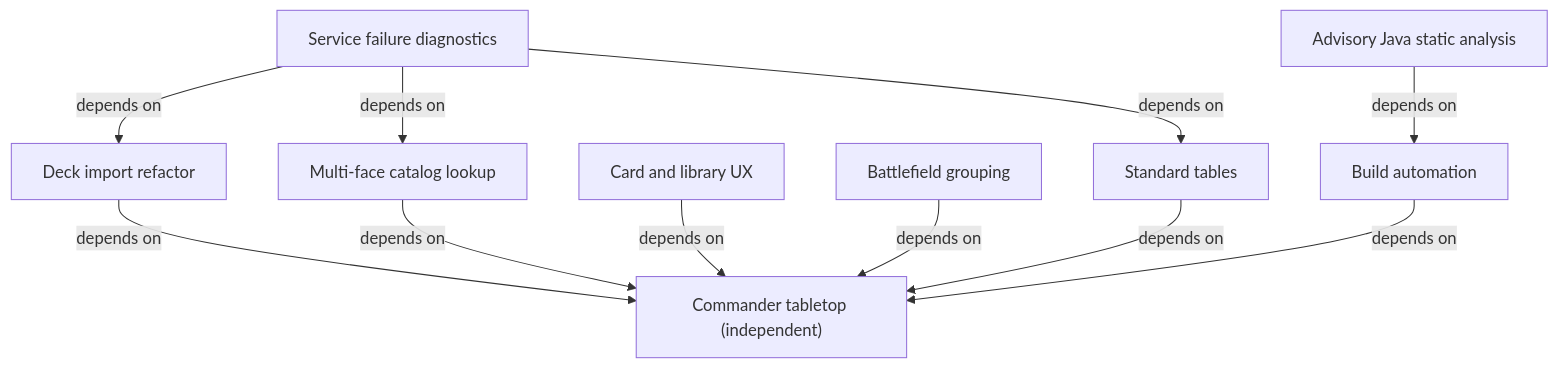
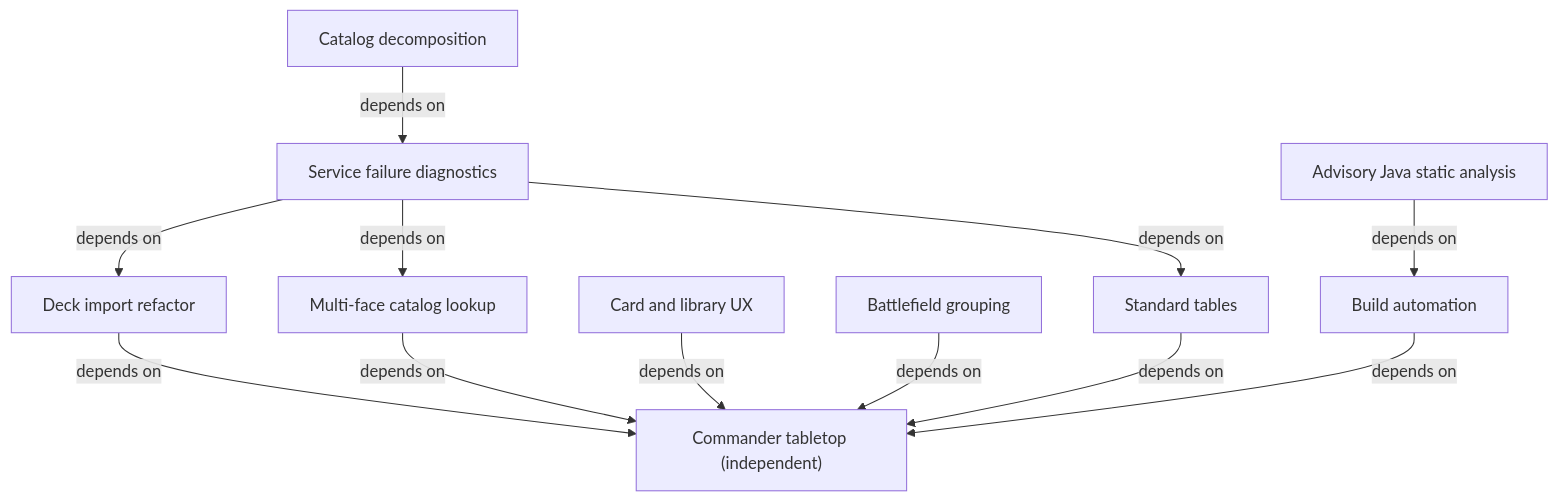
One commit to gossagomez-new/mtgcmd changed the diagram in spec/INDEX.md. Above: the diagram before and after it, drawn with Mermaid. The commit also changed other lines of this file and 11 other files, not shown here.

````diff
--- a/spec/INDEX.md
+++ b/spec/INDEX.md
@@ -19,22 +20,24 @@
 ```mermaid
 flowchart TD
     tabletop["Commander tabletop (independent)"]
     build["Build automation"]
     analysis["Advisory Java static analysis"]
     analysis -->|depends on| build
     imports["Deck import refactor"]
     imports -->|depends on| tabletop
     catalog["Multi-face catalog lookup"]
     catalog -->|depends on| tabletop
     ux["Card and library UX"]
     ux -->|depends on| tabletop
     grouping["Battlefield grouping"]
     grouping -->|depends on| tabletop
     standard["Standard tables"]
     standard -->|depends on| tabletop
     diagnostics["Service failure diagnostics"]
     diagnostics -->|depends on| imports
     diagnostics -->|depends on| catalog
     diagnostics -->|depends on| standard
+    decomposition["Catalog decomposition"]
+    decomposition -->|depends on| diagnostics
     build -->|depends on| tabletop
 ```
````
